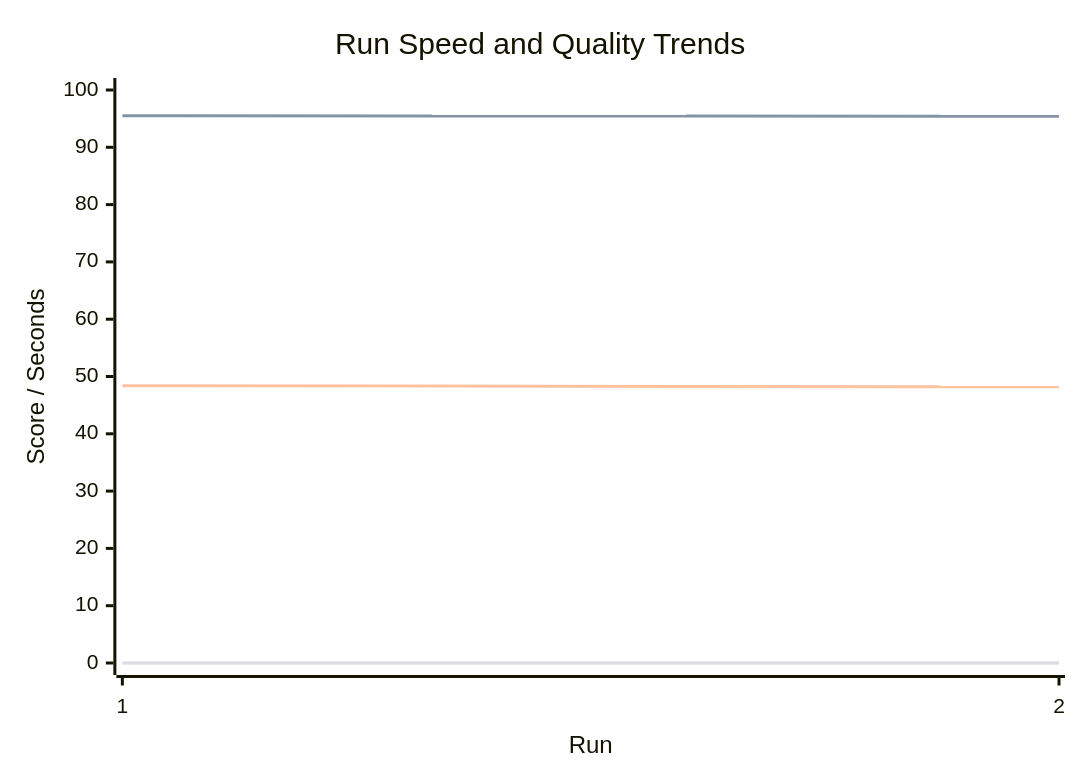
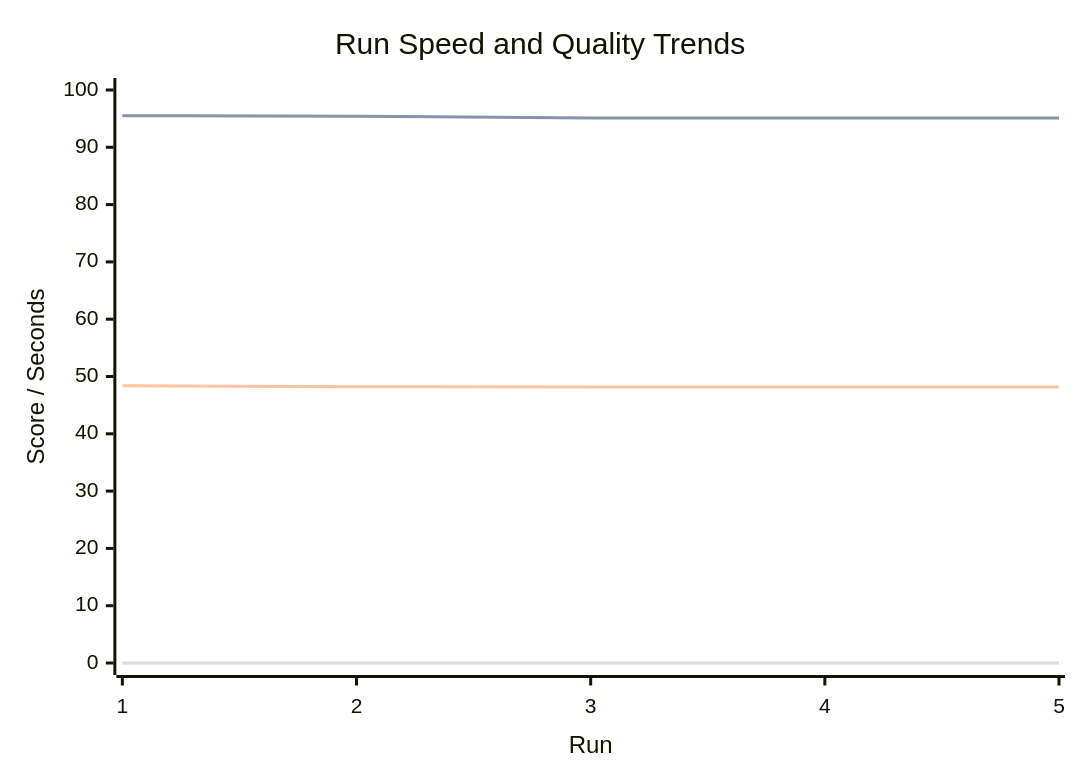
Before and after one commit to Jit-Paul-2008/Hexamind: the first of 2 diagrams in reports-versioned/aggregated/run-results-dashboard.md, drawn with Mermaid. The commit also changed other lines of this file and 52 other files, not shown here.

````diff
--- a/reports-versioned/aggregated/run-results-dashboard.md
+++ b/reports-versioned/aggregated/run-results-dashboard.md
@@ -11,11 +11,11 @@
 ```mermaid
 xychart-beta
     title "Run Speed and Quality Trends"
-    x-axis "Run" [1, 2]
+    x-axis "Run" [1, 2, 3, 4, 5]
     y-axis "Score / Seconds" 0 --> 100
-    line "Accuracy" [0.0, 0.0]
-    line "Human-like" [95.51, 95.42]
-    line "Usefulness" [48.39, 48.2]
-    line "HumanReview" [0.0, 0.0]
-    line "SpeedSeconds" [187.48, 238.47]
+    line "Accuracy" [0.0, 0.0, 0.0, 0.0, 0.0]
+    line "Human-like" [95.51, 95.42, 95.12, 95.12, 95.12]
+    line "Usefulness" [48.39, 48.2, 48.17, 48.17, 48.17]
+    line "HumanReview" [0.0, 0.0, 0.0, 0.0, 0.0]
+    line "SpeedSeconds" [187.48, 238.47, 237.45, 236.94, 236.7]
 ```
````
